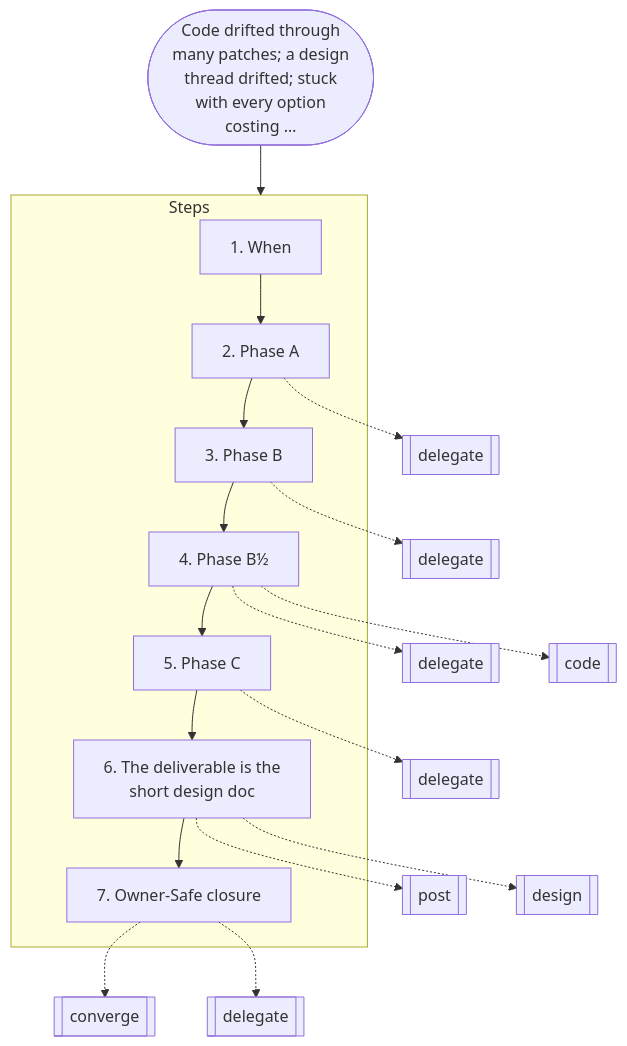
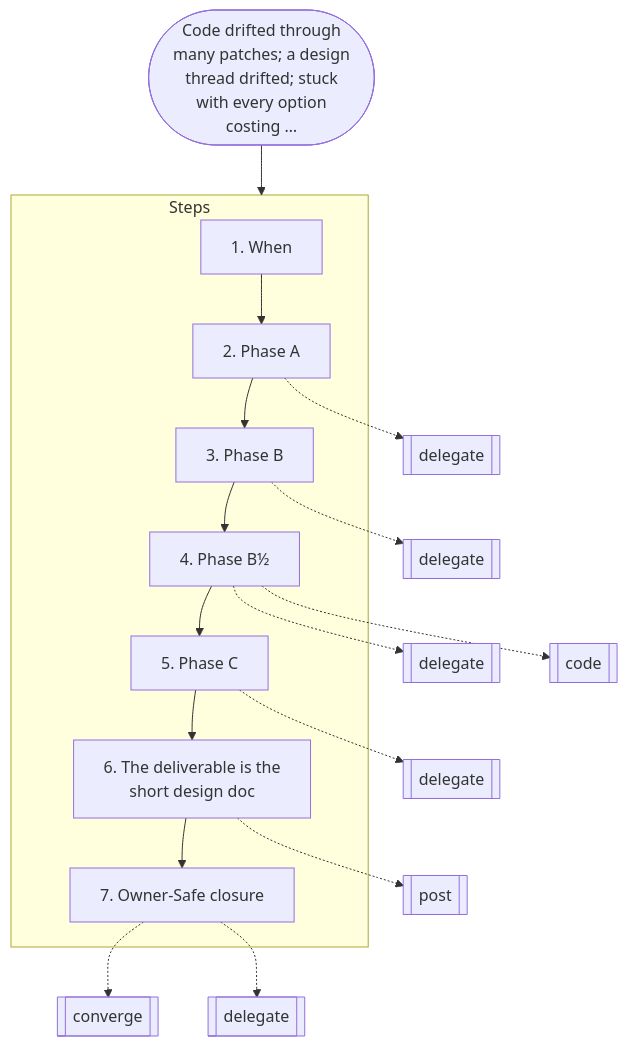
One commit to nitedani/mergeworthy changed diagram 17 of 19 in docs/graphs.md. Above: the diagram before and after it, drawn with Mermaid. The commit also changed other lines of this file and 7 other files, not shown here.

````diff
--- a/docs/graphs.md
+++ b/docs/graphs.md
@@ -505,29 +505,28 @@
 ```mermaid
 flowchart TB
   start(["Code drifted through<br/>many patches; a design<br/>thread drifted; stuck<br/>with every option<br/>costing …"])
   subgraph g0["Steps"]
     s0["1. When"]
     s1["2. Phase A"]
     s0 --> s1
     s2["3. Phase B"]
     s1 --> s2
     s3["4. Phase B½"]
     s2 --> s3
     s4["5. Phase C"]
     s3 --> s4
     s5["6. The deliverable is the<br/>short design doc"]
     s4 --> s5
     s6["7. Owner-Safe closure"]
     s5 --> s6
   end
   s1 -.-> r1[["delegate"]]
   s2 -.-> r2[["delegate"]]
   s3 -.-> r3[["delegate"]]
   s3 -.-> r4[["code"]]
   s4 -.-> r5[["delegate"]]
   s5 -.-> r6[["post"]]
-  s5 -.-> r7[["design"]]
-  s6 -.-> r8[["converge"]]
-  s6 -.-> r9[["delegate"]]
+  s6 -.-> r7[["converge"]]
+  s6 -.-> r8[["delegate"]]
   start --> g0
 ```
````
